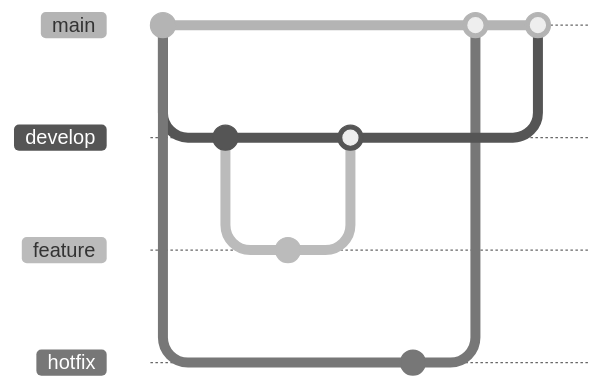
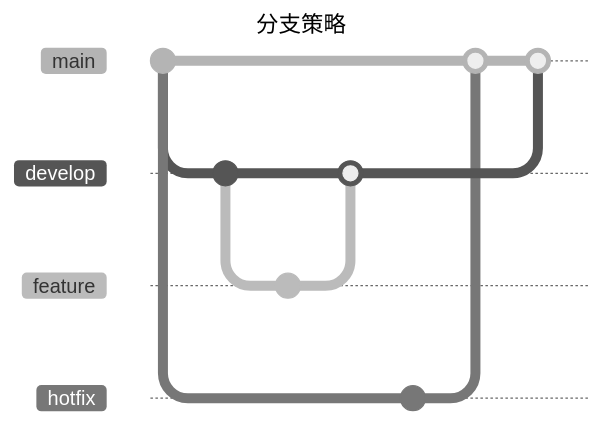
The fifth of 5 diagrams in references/types-planning.md (huang-hee/diagram-kit), drawn with Mermaid (neutral theme) before and after one commit. The commit also changed 248 other files, not shown here. Commit ids are hidden.

First line of the commit message:
feat: 示例按统一风格重做，补齐 42 张 drawio 整图示例，默认工具改为 drawio

````diff
--- a/references/types-planning.md
+++ b/references/types-planning.md
@@ -175,18 +175,21 @@
 ```mermaid
+---
+title: 分支策略
+---
 gitGraph
   commit
   branch develop
   checkout develop
   commit
   branch feature
   checkout feature
   commit
   checkout develop
   merge feature
   checkout main
   branch hotfix
   commit
   checkout main
   merge hotfix
   merge develop
 ```
````
